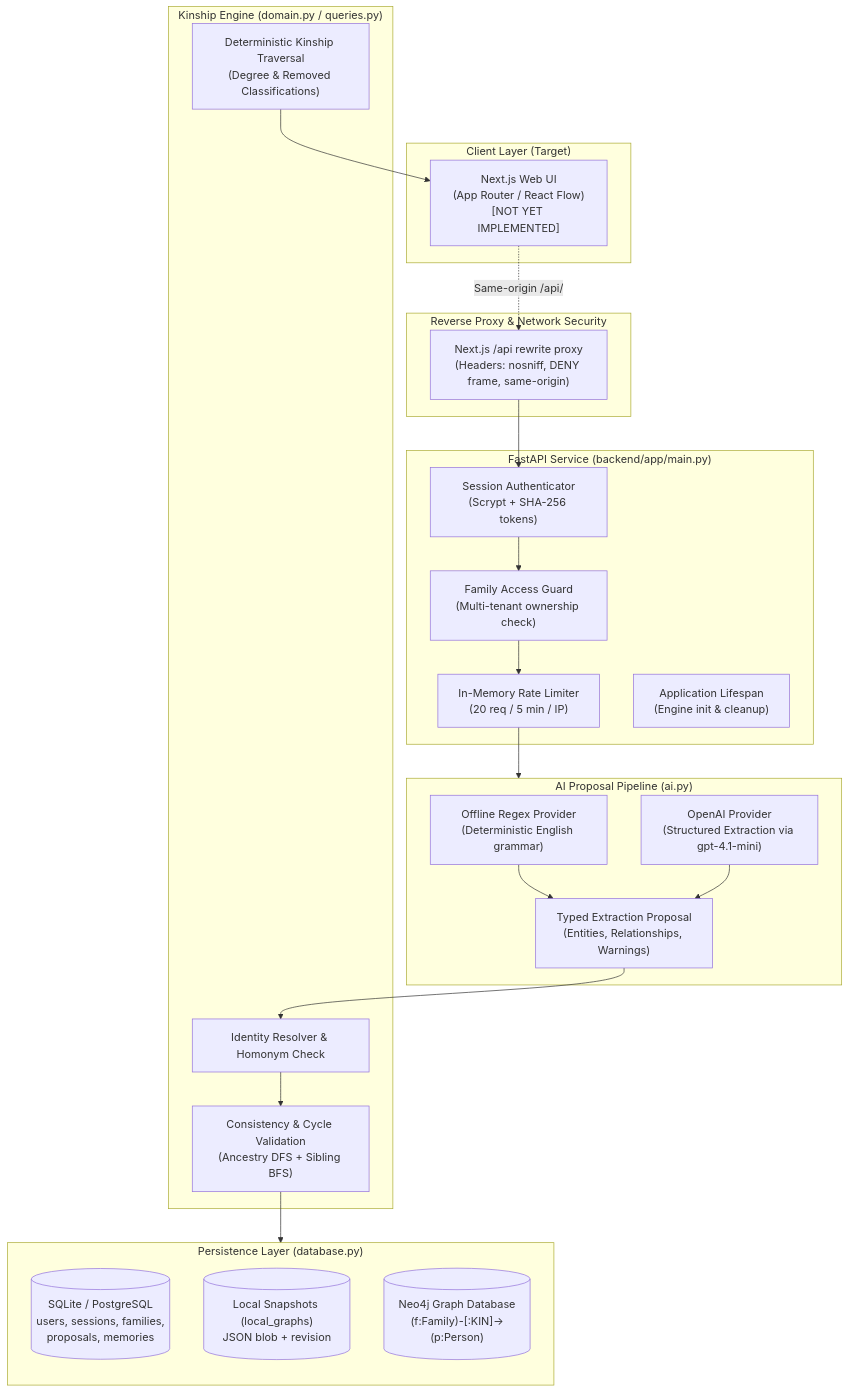
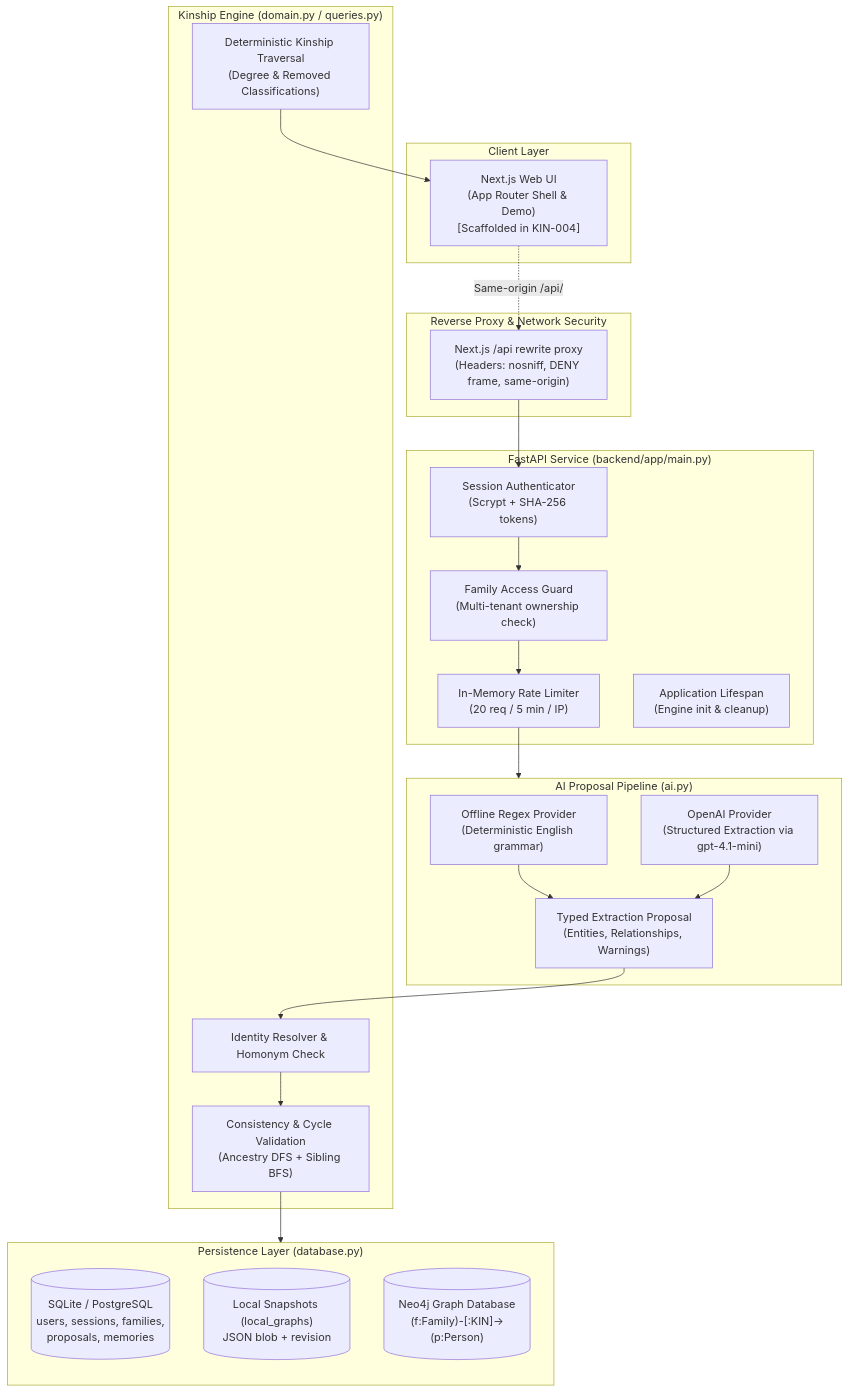
The first of 3 diagrams in docs/ARCHITECTURE.md (KevinGeorge100/Tharavadu), drawn with Mermaid before and after one commit. The commit also changed other lines of this file and 8 other files, not shown here.

````diff
--- a/docs/ARCHITECTURE.md
+++ b/docs/ARCHITECTURE.md
@@ -16,50 +16,50 @@
 ```mermaid
 flowchart TD
-  subgraph Client ["Client Layer (Target)"]
-    Browser["Next.js Web UI\n(App Router / React Flow)\n[NOT YET IMPLEMENTED]"]
+  subgraph Client ["Client Layer"]
+    Browser["Next.js Web UI\n(App Router Shell & Demo)\n[Scaffolded in KIN-004]"]
   end
 
   subgraph Gateway ["Reverse Proxy & Network Security"]
     Proxy["Next.js /api rewrite proxy\n(Headers: nosniff, DENY frame, same-origin)"]
   end
 
   subgraph API ["FastAPI Service (backend/app/main.py)"]
     Auth["Session Authenticator\n(Scrypt + SHA-256 tokens)"]
     AuthZ["Family Access Guard\n(Multi-tenant ownership check)"]
     Limiter["In-Memory Rate Limiter\n(20 req / 5 min / IP)"]
     Lifespan["Application Lifespan\n(Engine init & cleanup)"]
   end
 
   subgraph Extraction ["AI Proposal Pipeline (ai.py)"]
     Offline["Offline Regex Provider\n(Deterministic English grammar)"]
     OpenAI["OpenAI Provider\n(Structured Extraction via gpt-4.1-mini)"]
     ExtractionResult["Typed Extraction Proposal\n(Entities, Relationships, Warnings)"]
   end
 
   subgraph Domain ["Kinship Engine (domain.py / queries.py)"]
     Resolver["Identity Resolver & Homonym Check"]
     Validator["Consistency & Cycle Validation\n(Ancestry DFS + Sibling BFS)"]
     Reasoner["Deterministic Kinship Traversal\n(Degree & Removed Classifications)"]
   end
 
   subgraph Storage ["Persistence Layer (database.py)"]
     direction TB
     SQLMeta[("SQLite / PostgreSQL\nusers, sessions, families,\nproposals, memories")]
     Snapshots[("Local Snapshots (local_graphs)\nJSON blob + revision")]
     Neo4jGraph[("Neo4j Graph Database\n(f:Family)-[:KIN]->(p:Person)")]
   end
 
   Browser -.->|Same-origin /api/| Proxy
   Proxy --> Auth
   Auth --> AuthZ
   AuthZ --> Limiter
 
   Limiter --> Extraction
   Offline --> ExtractionResult
   OpenAI --> ExtractionResult
   ExtractionResult --> Resolver
 
   Resolver --> Validator
   Validator --> Storage
   Reasoner --> Browser
 ```
````
